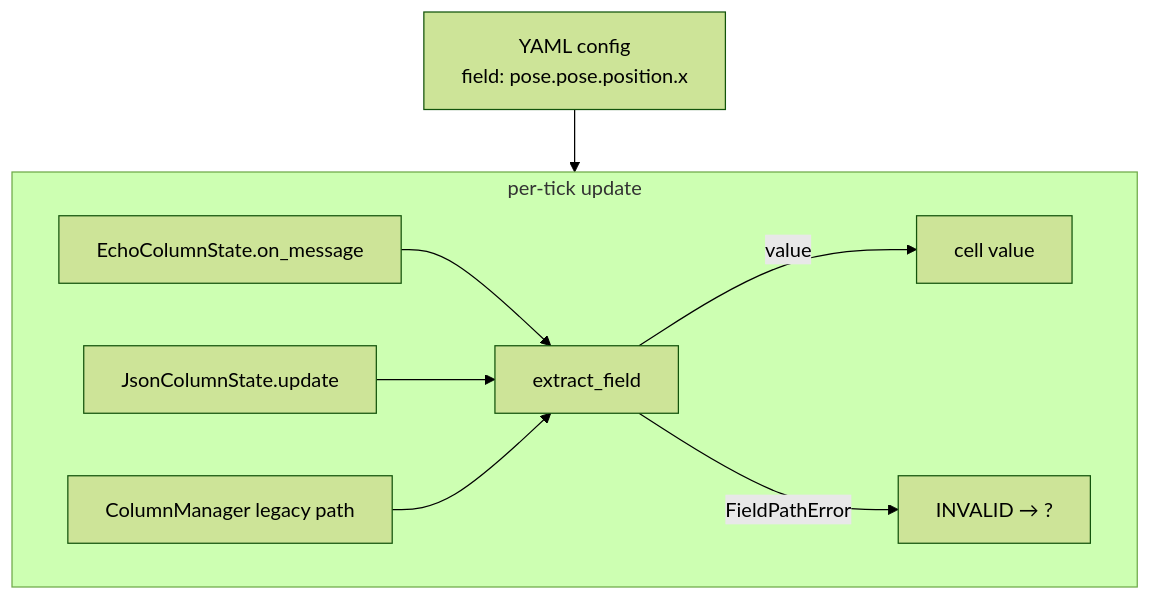
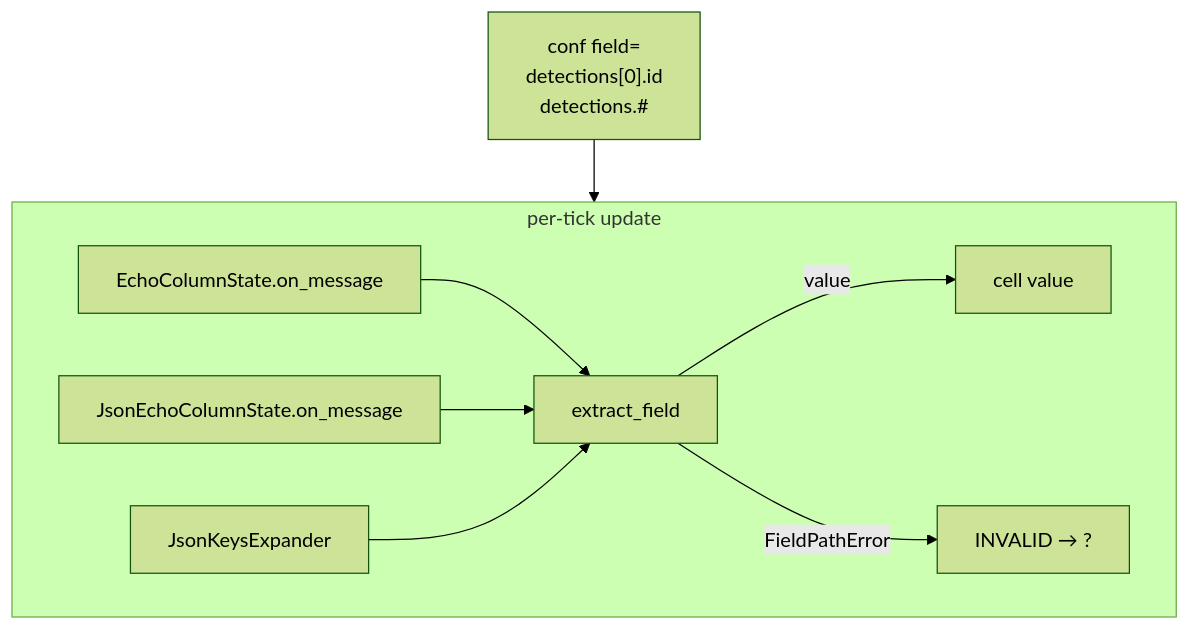
The first of 3 diagrams in 01-literate/02-field_extract.md (Boston-Robot-Hackers/metawtf), drawn with Mermaid (forest theme) before and after one commit. The commit also changed other lines of this file and 45 other files, not shown here.

````diff
--- a/01-literate/02-field_extract.md
+++ b/01-literate/02-field_extract.md
@@ -33,11 +41,11 @@
 ```mermaid
 flowchart TD
-    CFG[YAML config<br>field: pose.pose.position.x] --> COL
+    CFG["conf field=<br>detections[0].id<br>detections.#"] --> COL
     subgraph COL[per-tick update]
         EC[EchoColumnState.on_message] --> FE
-        JC[JsonColumnState.update] --> FE
-        CM[ColumnManager legacy path] --> FE
+        JC[JsonEchoColumnState.on_message] --> FE
+        CM[JsonKeysExpander] --> FE
         FE[extract_field] -->|value| CELL[cell value]
         FE -->|FieldPathError| Q["INVALID → ?"]
     end
 ```
````
